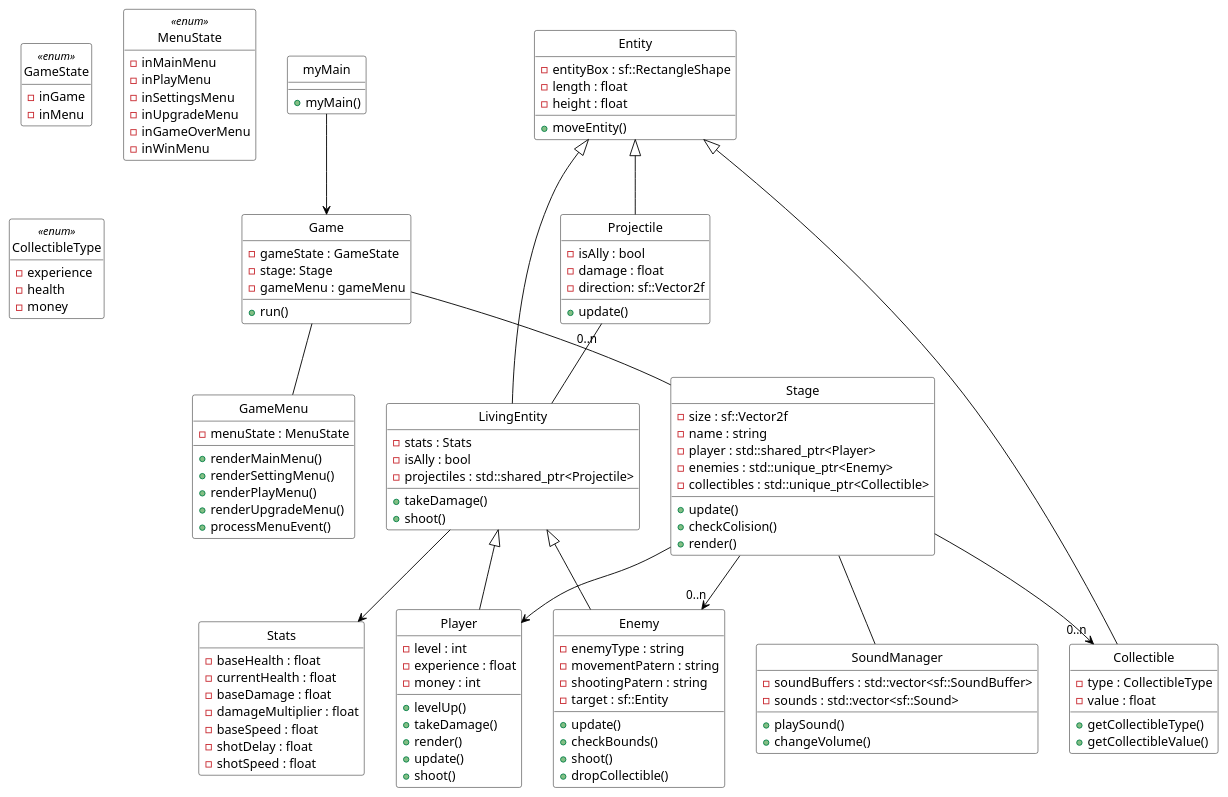
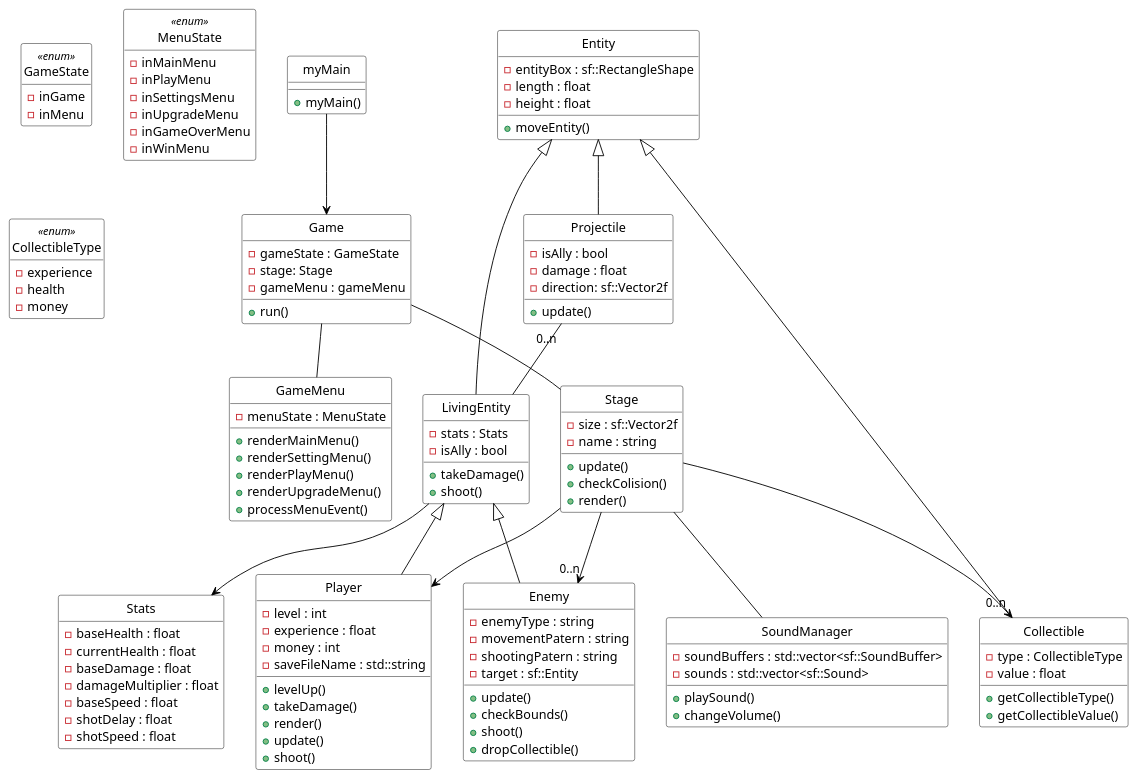
The diagram in class_diagram.pu (Vipixx1/CSC4526-babysurvivor), drawn with PlantUML before and after one commit. The commit also changed 1 other file, not shown here.

Commit message:
Modified class diagram

```diff
--- a/class_diagram.pu
+++ b/class_diagram.pu
@@ -1,152 +1,149 @@
 @startuml
 hide empty methods
 hide circle
 skinparam class {
   BackgroundColor White
   ArrowColor Black
   BorderColor Black
 }
 
 class myMain {
  + myMain()
 }
 
 class Game {
  - gameState : GameState
  - stage: Stage
  - gameMenu : gameMenu
  + run()
 }
 
 enum GameState <<enum>> {
  - inGame
  - inMenu
 }
 
 class GameMenu {
  - menuState : MenuState
  + renderMainMenu()
  + renderSettingMenu()
  + renderPlayMenu()
  + renderUpgradeMenu()
  + processMenuEvent()
 }
 
 enum MenuState <<enum>> {
  - inMainMenu
  - inPlayMenu
  - inSettingsMenu
  - inUpgradeMenu
  - inGameOverMenu
  - inWinMenu
 }
 
 class Stage {
  - size : sf::Vector2f
  - name : string
- - player : std::shared_ptr<Player>
- - enemies : std::unique_ptr<Enemy>
- - collectibles : std::unique_ptr<Collectible>
  + update()
  + checkColision()
  + render()
 }
 
 class Entity {
  - entityBox : sf::RectangleShape
  - length : float
  - height : float
  + moveEntity()
 }
 
 class Stats {
  - baseHealth : float
  - currentHealth : float
  - baseDamage : float
  - damageMultiplier : float
  - baseSpeed : float
  - shotDelay : float
  - shotSpeed : float
 }
 
 class Player {
  - level : int
  - experience : float
  - money : int
+ - saveFileName : std::string
  + levelUp()
  + takeDamage()
  + render()
  + update()
  + shoot()
 }
 
 class Enemy {
  - enemyType : string
  - movementPatern : string
  - shootingPatern : string
  - target : sf::Entity
  + update()
  + checkBounds()
  + shoot()
  + dropCollectible()
 }
 
 class Projectile {
  - isAlly : bool
  - damage : float
  - direction: sf::Vector2f
  + update()
 }
 
 class Collectible {
  - type : CollectibleType
  - value : float
  + getCollectibleType()
  + getCollectibleValue()
 }
 
 enum CollectibleType <<enum>> {
  - experience
  - health
  - money
 }
 
 class LivingEntity {
  - stats : Stats
  - isAlly : bool
- - projectiles : std::shared_ptr<Projectile>
  + takeDamage()
  + shoot()
 }
 
 class SoundManager {
  - soundBuffers : std::vector<sf::SoundBuffer>
  - sounds : std::vector<sf::Sound>
  + playSound()
  + changeVolume()
 }
 
 'Liens entre les classes'
 
 myMain --> Game
 
 Game -- Stage
 Game -- GameMenu
 
 Entity <|-- LivingEntity
 Entity <|-- Projectile
 Entity <|-- Collectible
 
 LivingEntity <|-- Player
 LivingEntity <|-- Enemy
 
 Stage --> Player
 Stage --> "0..n" Enemy
 Stage --> "0..n" Collectible
 Stage -- SoundManager
 
 Projectile "0..n" -- LivingEntity
 
 LivingEntity --> Stats
 
 @enduml
```
